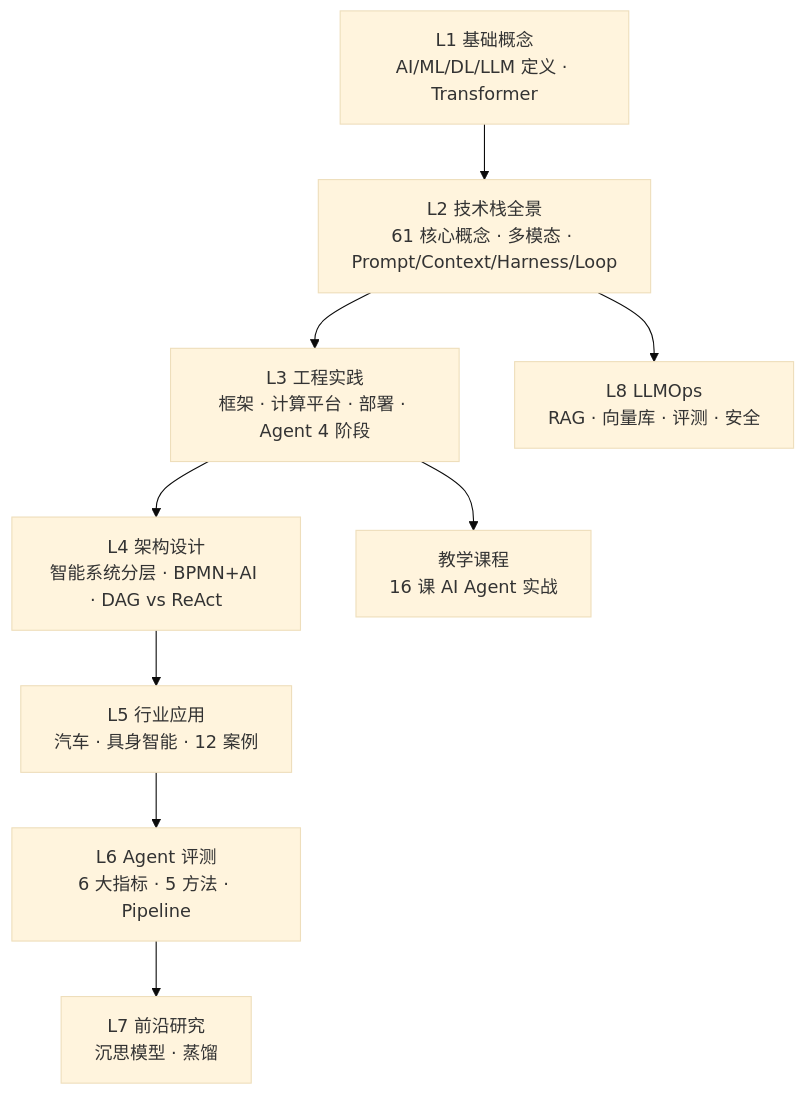
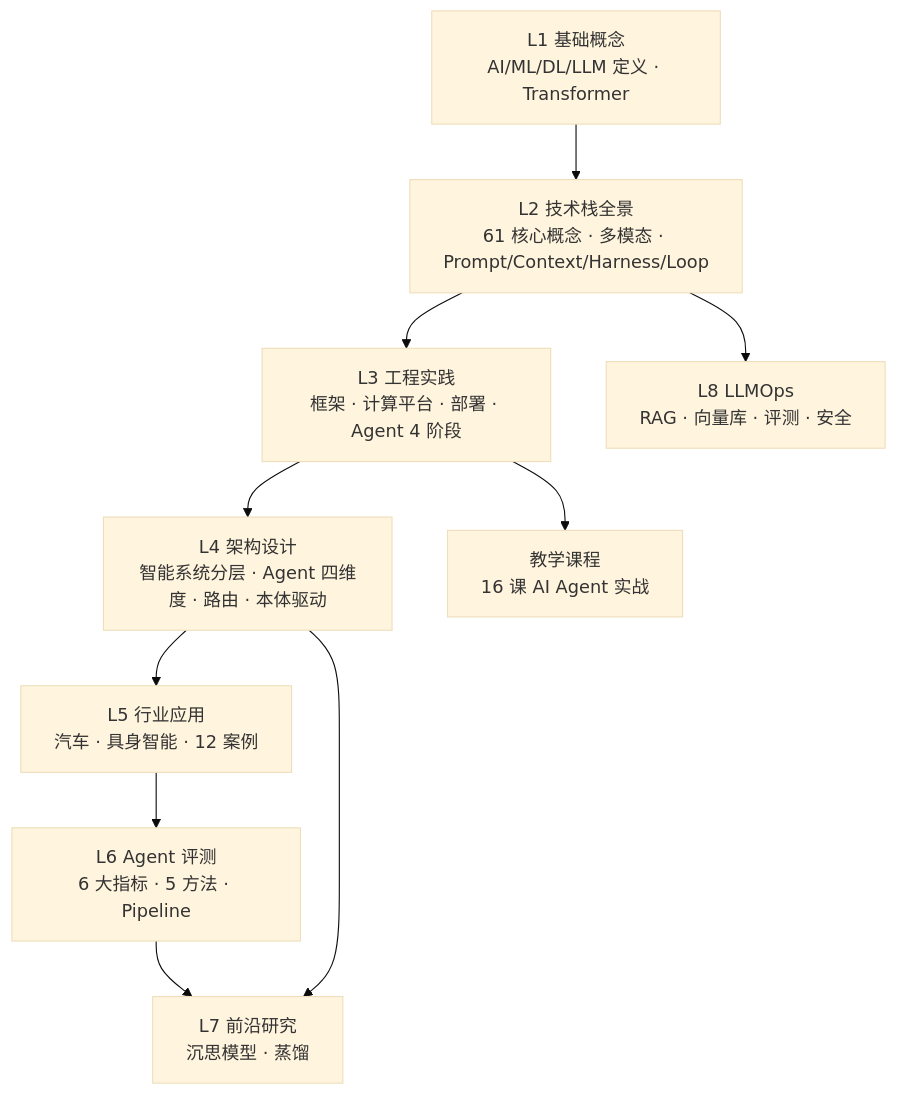
One commit to wb04307201/wb04307201 changed the diagram in note/11.ai/README.md. Above: the diagram before and after it, drawn with Mermaid (base theme). The commit also changed other lines of this file and 2 other files, not shown here.

First line of the commit message:
fix(note): 11.ai - 研究版图修正 + 编号冲突 + 主 README 统计更新

````diff
--- a/note/11.ai/README.md
+++ b/note/11.ai/README.md
@@ -46,11 +46,12 @@
 ```mermaid
 graph TD
     L1["L1 基础概念<br/>AI/ML/DL/LLM 定义 · Transformer"] --> L2["L2 技术栈全景<br/>61 核心概念 · 多模态 · Prompt/Context/Harness/Loop"]
     L2 --> L3["L3 工程实践<br/>框架 · 计算平台 · 部署 · Agent 4 阶段"]
-    L3 --> L4["L4 架构设计<br/>智能系统分层 · BPMN+AI · DAG vs ReAct"]
+    L3 --> L4["L4 架构设计<br/>智能系统分层 · Agent 四维度 · 路由 · 本体驱动"]
     L4 --> L5["L5 行业应用<br/>汽车 · 具身智能 · 12 案例"]
     L5 --> L6["L6 Agent 评测<br/>6 大指标 · 5 方法 · Pipeline"]
     L6 --> L7["L7 前沿研究<br/>沉思模型 · 蒸馏"]
+    L4 --> L7
     L2 --> L8["L8 LLMOps<br/>RAG · 向量库 · 评测 · 安全"]
     L3 --> Training["教学课程<br/>16 课 AI Agent 实战"]
 ```
````
